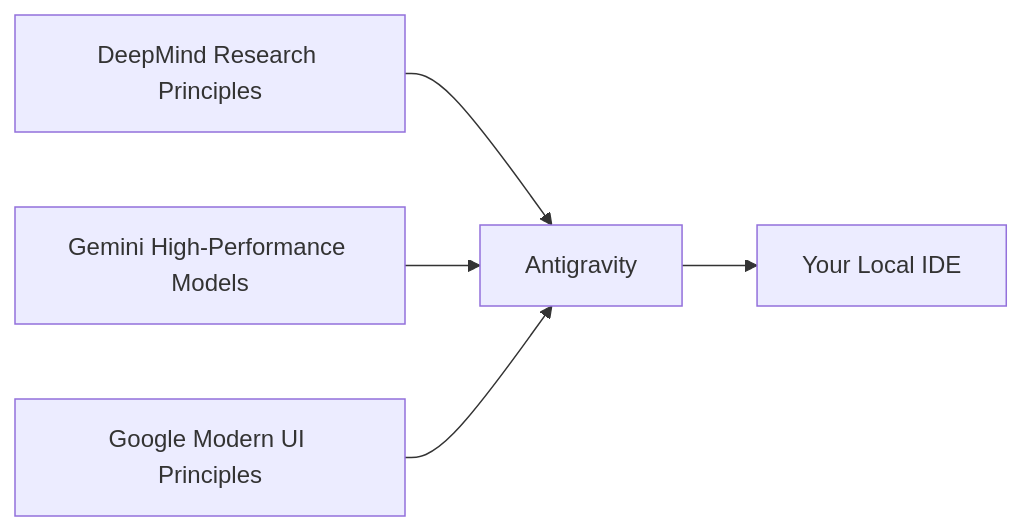
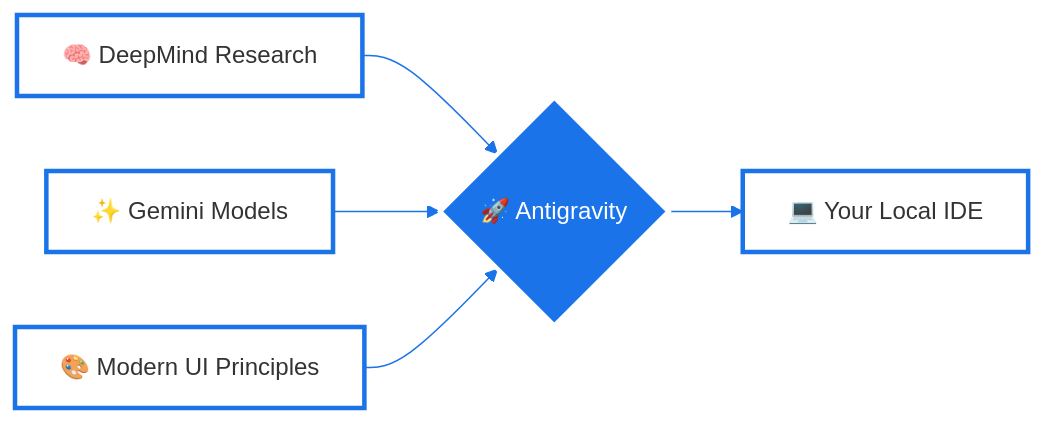
The fourth of 4 diagrams in Antigravity101.md (sinansoyalic-ai/Antigravity), drawn with Mermaid before and after one commit. The commit also changed other lines of this file, not shown here.

Commit message:
Update Antigravity101 with visually styled Mermaid extensions and mindmaps

````diff
--- a/Antigravity101.md
+++ b/Antigravity101.md
@@ -108,7 +121,11 @@
 ```mermaid
+%%{init: {'theme': 'base', 'themeVariables': { 'fontFamily': 'arial', 'primaryColor': '#E8F0FE', 'lineColor': '#1A73E8'}}}%%
 graph LR
-    DeepMind["DeepMind Research Principles"] --> Anti["Antigravity"]
-    Gemini["Gemini High-Performance Models"] --> Anti
-    GoogleDesign["Google Modern UI Principles"] --> Anti
-    Anti --> IDE["Your Local IDE"]
+    classDef tech fill:#fff,stroke:#1A73E8,stroke-width:3px;
+    classDef core fill:#1A73E8,stroke:#fff,stroke-width:3px,color:#fff,rx:15px,ry:15px;
+
+    DeepMind["🧠 DeepMind Research"]:::tech --> Anti{"🚀 Antigravity"}:::core
+    Gemini["✨ Gemini Models"]:::tech --> Anti
+    GoogleDesign["🎨 Modern UI Principles"]:::tech --> Anti
+    Anti --> IDE["💻 Your Local IDE"]:::tech
 ```
````
